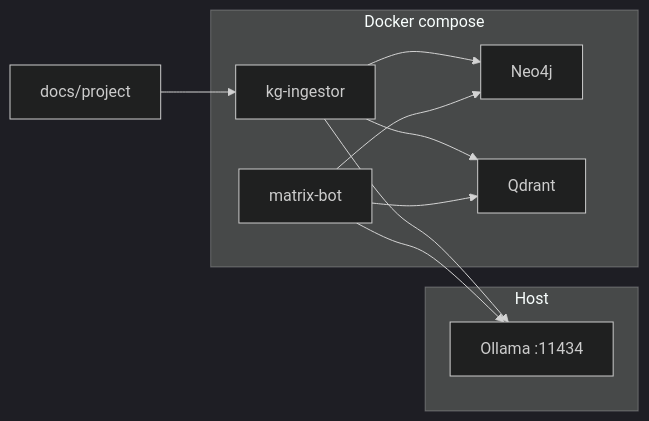
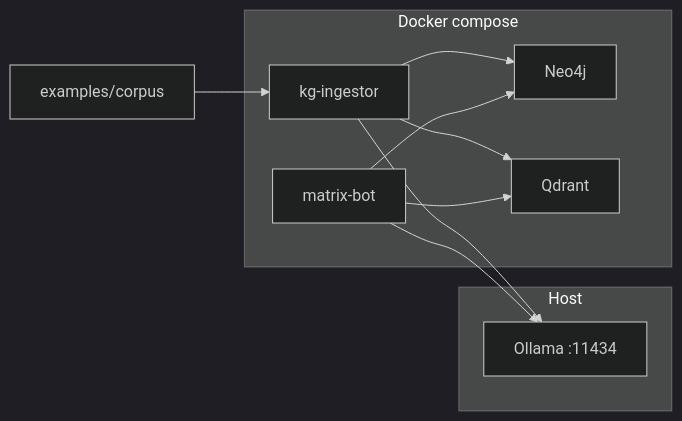
One commit to eSlider/go-second-brain changed the fifth of 5 diagrams in README.md. Above: the diagram before and after it, drawn with Mermaid (dark theme). The commit also changed other lines of this file and 27 other files, not shown here.

````diff
--- a/README.md
+++ b/README.md
@@ -133,19 +133,19 @@
 ```mermaid
 graph LR
     subgraph "Host"
         OL2["Ollama :11434"]
     end
     subgraph "Docker compose"
         N["Neo4j"]
         Q["Qdrant"]
         I["kg-ingestor"]
         B["matrix-bot"]
     end
-    MD2["docs/project"] --> I
+    MD2["examples/corpus"] --> I
     I --> N
     I --> Q
     I --> OL2
     B --> N
     B --> Q
     B --> OL2
 ```
````
